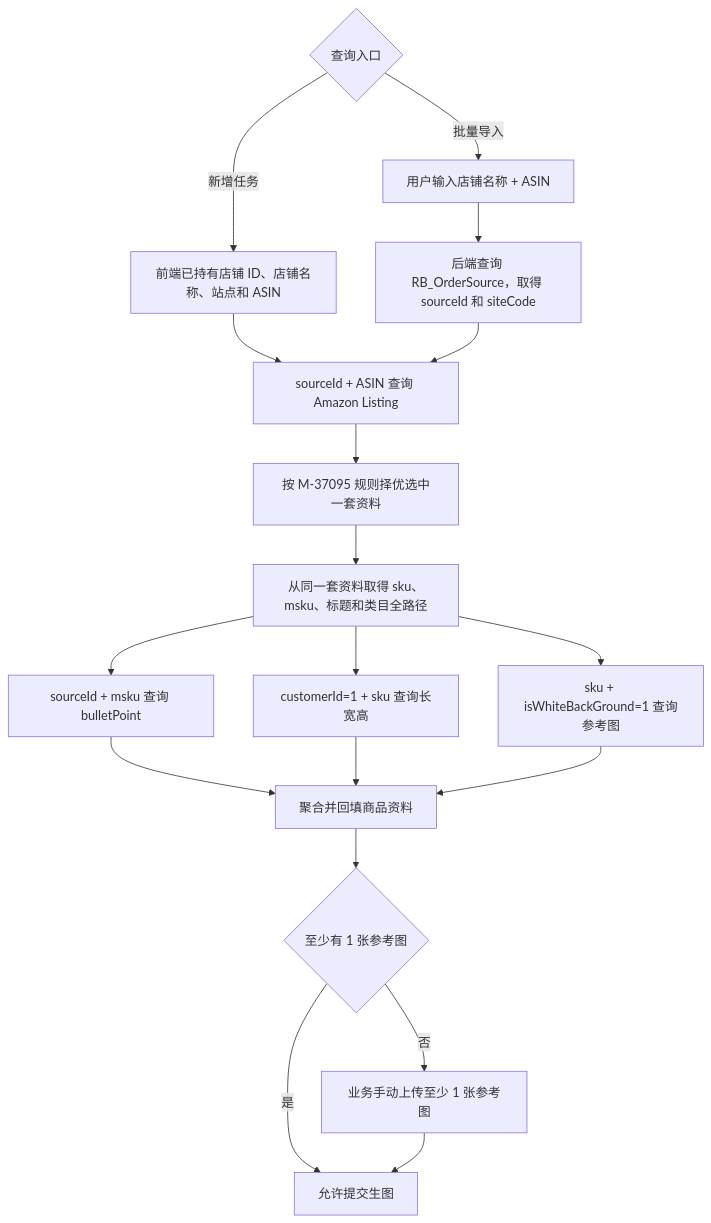
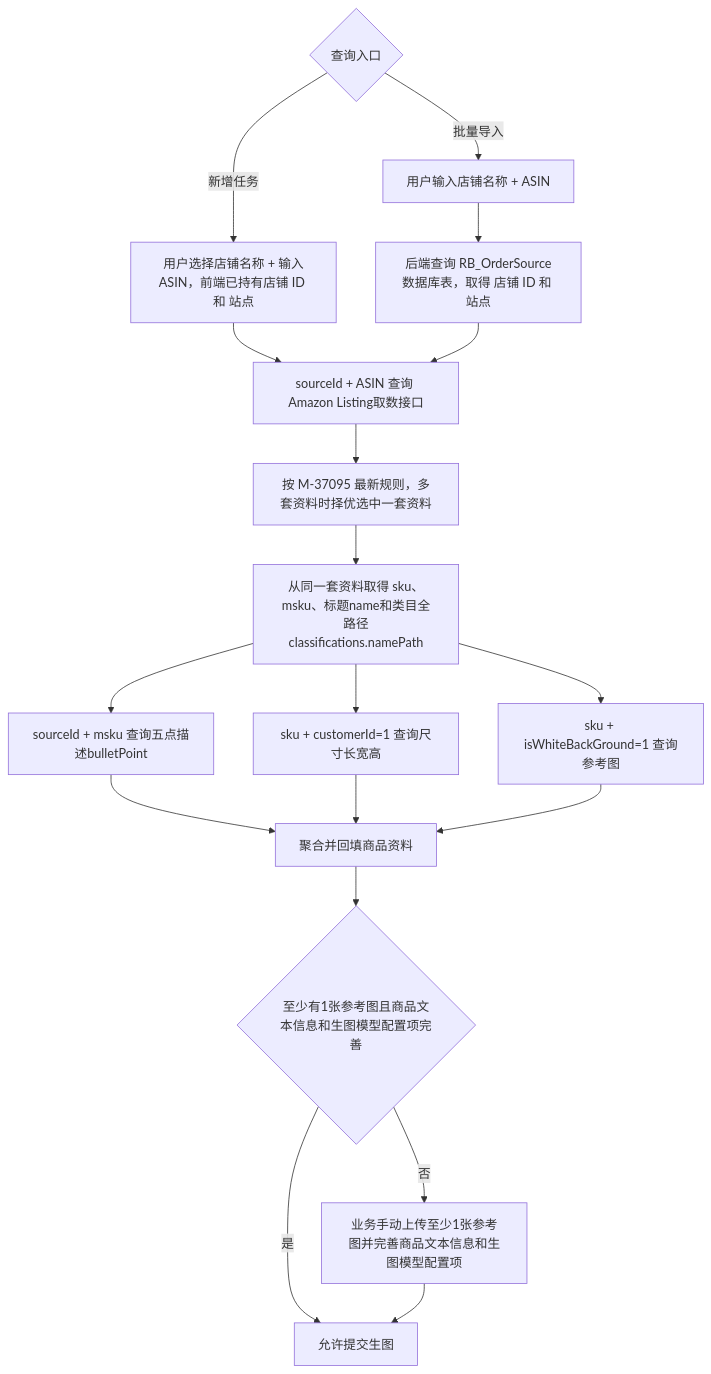
The diagram in prd/2026-08/M-37095-store-asin-product-selection/docs/store-asin-data-retrieval-flow.md (xuqiang97/ai-image-prd-hub), drawn with Mermaid before and after one commit. The commit also changed other lines of this file, not shown here.

First line of the commit message:
完善运营版店铺 ASIN 完整取数链路 (#19)

````diff
--- a/prd/2026-08/M-37095-store-asin-product-selection/docs/store-asin-data-retrieval-flow.md
+++ b/prd/2026-08/M-37095-store-asin-product-selection/docs/store-asin-data-retrieval-flow.md
@@ -28,21 +28,21 @@
 ```mermaid
 flowchart TD
     A{"查询入口"}
-    A -->|"新增任务"| B["前端已持有店铺 ID、店铺名称、站点和 ASIN"]
+    A -->|"新增任务"| B["用户选择店铺名称 + 输入ASIN，前端已持有店铺 ID 和 站点"]
     A -->|"批量导入"| C["用户输入店铺名称 + ASIN"]
-    C --> D["后端查询 RB_OrderSource，取得 sourceId 和 siteCode"]
-    B --> E["sourceId + ASIN 查询 Amazon Listing"]
+    C --> D["后端查询 RB_OrderSource数据库表，取得 店铺 ID 和 站点"]
+    B --> E["sourceId + ASIN 查询 Amazon Listing取数接口"]
     D --> E
-    E --> F["按 M-37095 规则择优选中一套资料"]
-    F --> G["从同一套资料取得 sku、msku、标题和类目全路径"]
-    G --> H["sourceId + msku 查询 bulletPoint"]
-    G --> I["customerId=1 + sku 查询长宽高"]
+    E --> F["按 M-37095 最新规则，多套资料时择优选中一套资料"]
+    F --> G["从同一套资料取得 sku、msku、标题name和类目全路径classifications.namePath"]
+    G --> H["sourceId + msku 查询五点描述bulletPoint"]
+    G --> I["sku + customerId=1 查询尺寸长宽高"]
     G --> J["sku + isWhiteBackGround=1 查询参考图"]
     H --> K["聚合并回填商品资料"]
     I --> K
     J --> K
-    K --> L{"至少有 1 张参考图"}
+    K --> L{"至少有1张参考图且商品文本信息和生图模型配置项完善"}
     L -->|"是"| M["允许提交生图"]
-    L -->|"否"| N["业务手动上传至少 1 张参考图"]
+    L -->|"否"| N["业务手动上传至少1张参考图并完善商品文本信息和生图模型配置项"]
     N --> M
 ```
````
